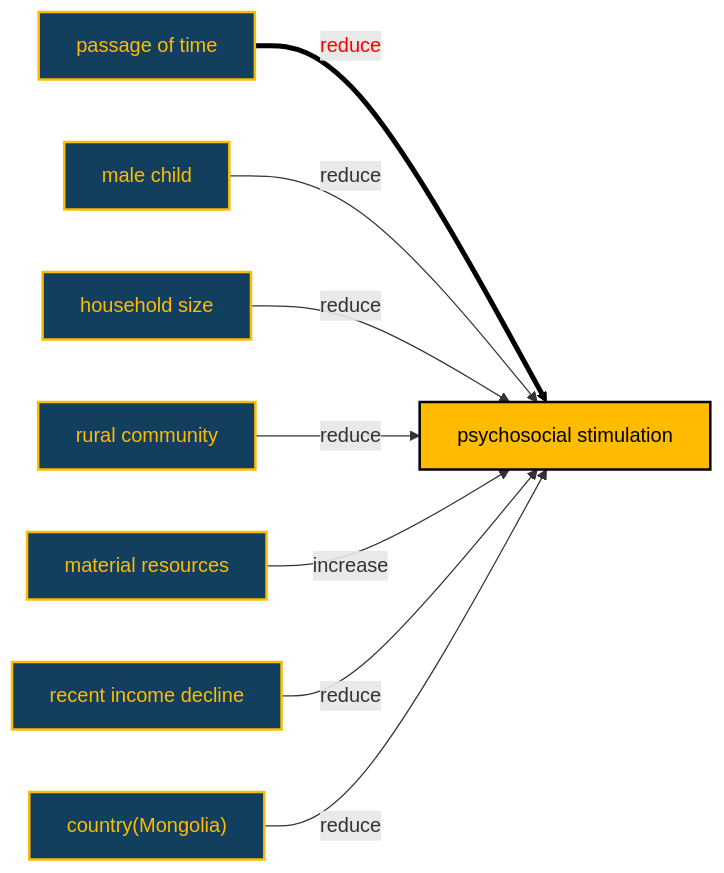
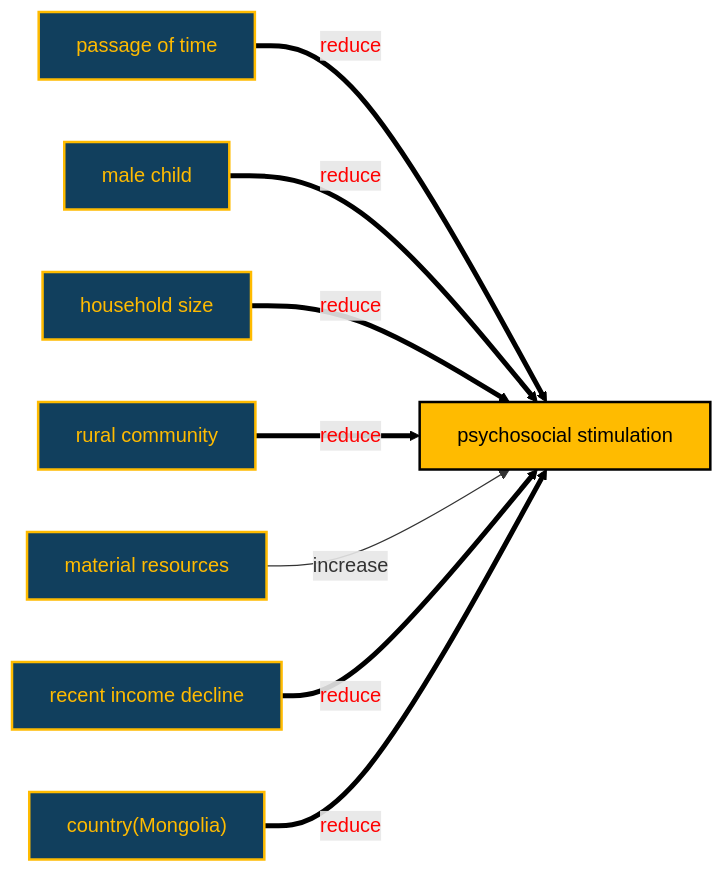
One commit to agrogan1/research changed the diagram in MICSPLUS/diagram.md. Above: the diagram before and after it, drawn with Mermaid.

````diff
--- a/MICSPLUS/diagram.md
+++ b/MICSPLUS/diagram.md
@@ -1,57 +1,57 @@
 ```mermaid
 
 flowchart LR
 
   %% classes
 
   classDef yellow fill:#FFC20E,stroke:#000000,stroke-width:2px,color:#000000;
   
   classDef cyan fill:#1CABE2,stroke:#000000,stroke-width:2px,color:#FFFFFF;
   
   classDef red fill:#E2231A,stroke:#000000,stroke-width:2px,color:#FFFFFF;
   
   classDef orange fill:#F26A21,stroke:#000000,stroke-width:2px,color:#FFFFFF;
 
   classDef tidal fill:#113f5d,color:#FFBB00,stroke:#FFBB00,stroke-width:2px
 
   classDef tidal2 fill:#FFBB00,color:#000000,stroke:#000000,stroke-width:2px
 
   psychosocial[psychosocial stimulation]:::tidal2
 
   %% nodes
 
   time[passage of time]:::tidal  
 
   male[male child]:::tidal
 
   size[household size]:::tidal
 
   rural[rural community]:::tidal
 
   material[material resources]:::tidal
 
   incomedecline[recent income decline]:::tidal
 
   Mongolia["country(Mongolia)"]:::tidal
 
   %% links
 
   time --> |"reduce"| psychosocial
 
   male --> |"reduce"| psychosocial
 
   size --> |"reduce"| psychosocial
 
   rural --> |"reduce"| psychosocial
 
   material --> |"increase"| psychosocial
 
   incomedecline --> |"reduce"| psychosocial
 
   Mongolia --> |"reduce"| psychosocial
 
   %% linkeStyle
 
-  linkStyle 0 stroke:#000000,stroke-width:4px,color:red;
+  linkStyle 0,1,2,3,5,6 stroke:#000000,stroke-width:4px,color:red;
 
 ```
````
